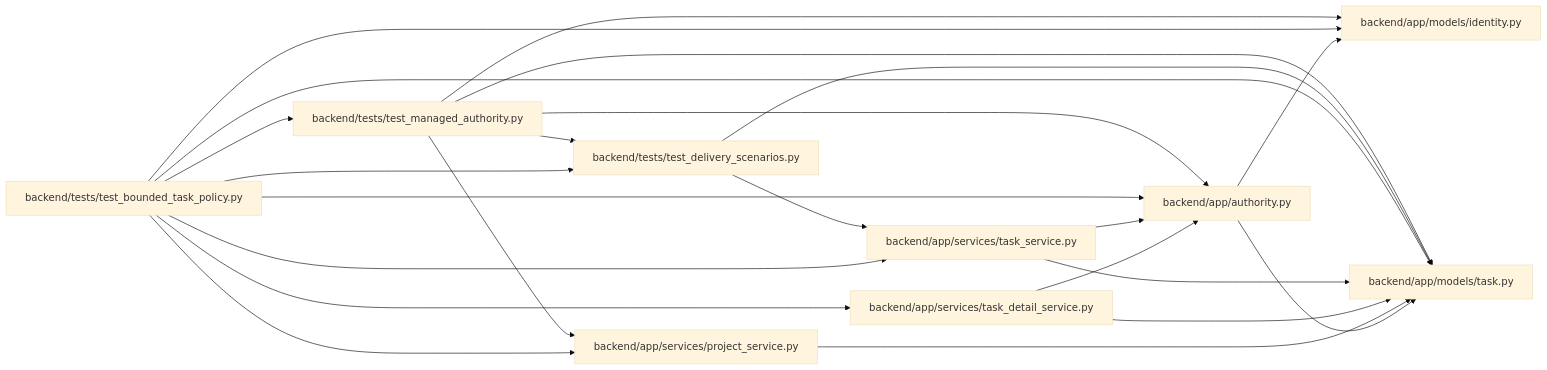
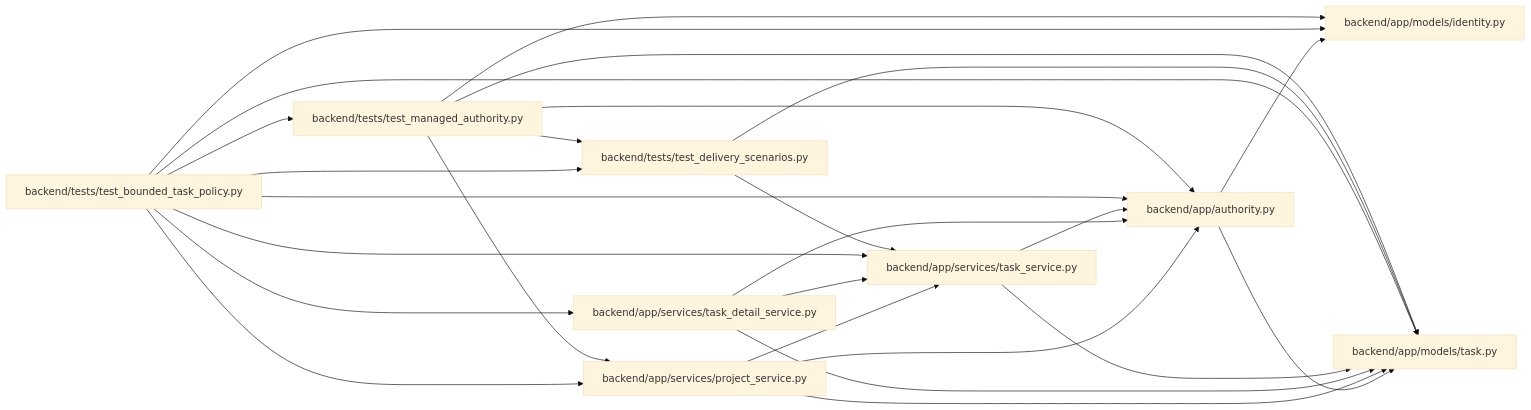
Before and after one commit to Denissvgn/WorkChord: the diagram in docs/llm_wiki/modules/test_bounded_task_policy.md, drawn with Mermaid (base theme). The commit also changed 25171 other files, not shown here.

````diff
--- a/docs/llm_wiki/modules/test_bounded_task_policy.md
+++ b/docs/llm_wiki/modules/test_bounded_task_policy.md
@@ -27,43 +27,46 @@
 ```mermaid
 flowchart LR
     n0["backend/app/authority.py"]
     n1["backend/app/models/identity.py"]
     n2["backend/app/models/task.py"]
     n3["backend/app/services/project_service.py"]
     n4["backend/app/services/task_detail_service.py"]
     n5["backend/app/services/task_service.py"]
     n6["backend/tests/test_bounded_task_policy.py"]
     n7["backend/tests/test_delivery_scenarios.py"]
     n8["backend/tests/test_managed_authority.py"]
     n0 --> n1
     n0 --> n2
+    n3 --> n0
     n3 --> n2
+    n3 --> n5
     n4 --> n0
     n4 --> n2
+    n4 --> n5
     n5 --> n0
     n5 --> n2
     n6 --> n0
     n6 --> n1
     n6 --> n2
     n6 --> n3
     n6 --> n4
     n6 --> n5
     n6 --> n7
     n6 --> n8
     n7 --> n2
     n7 --> n5
     n8 --> n0
     n8 --> n1
     n8 --> n2
     n8 --> n3
     n8 --> n7
     click n0 "../modules/authority.md"
     click n1 "../modules/models_identity.md"
     click n2 "../modules/models_task.md"
     click n3 "../modules/project_service.md"
     click n4 "../modules/task_detail_service.md"
     click n5 "../modules/task_service.md"
     click n6 "../modules/test_bounded_task_policy.md"
     click n7 "../modules/test_delivery_scenarios.md"
     click n8 "../modules/test_managed_authority.md"
 ```
````
